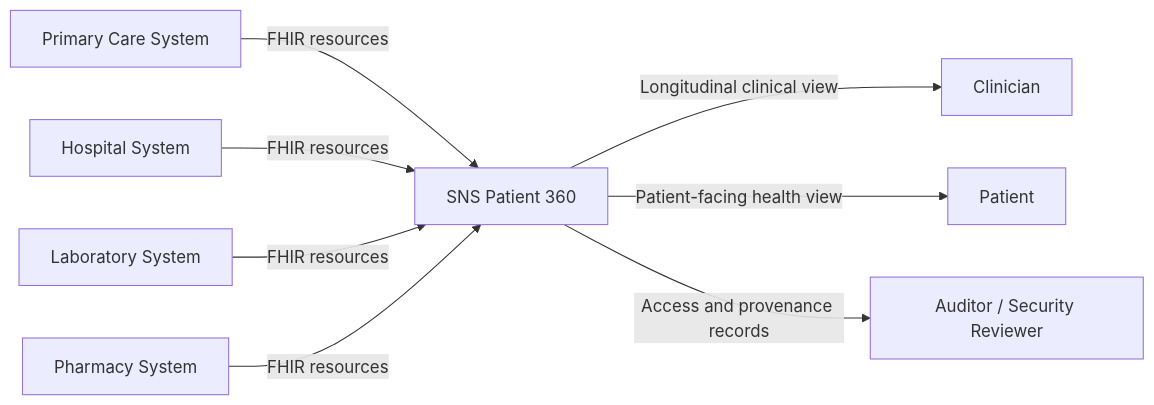
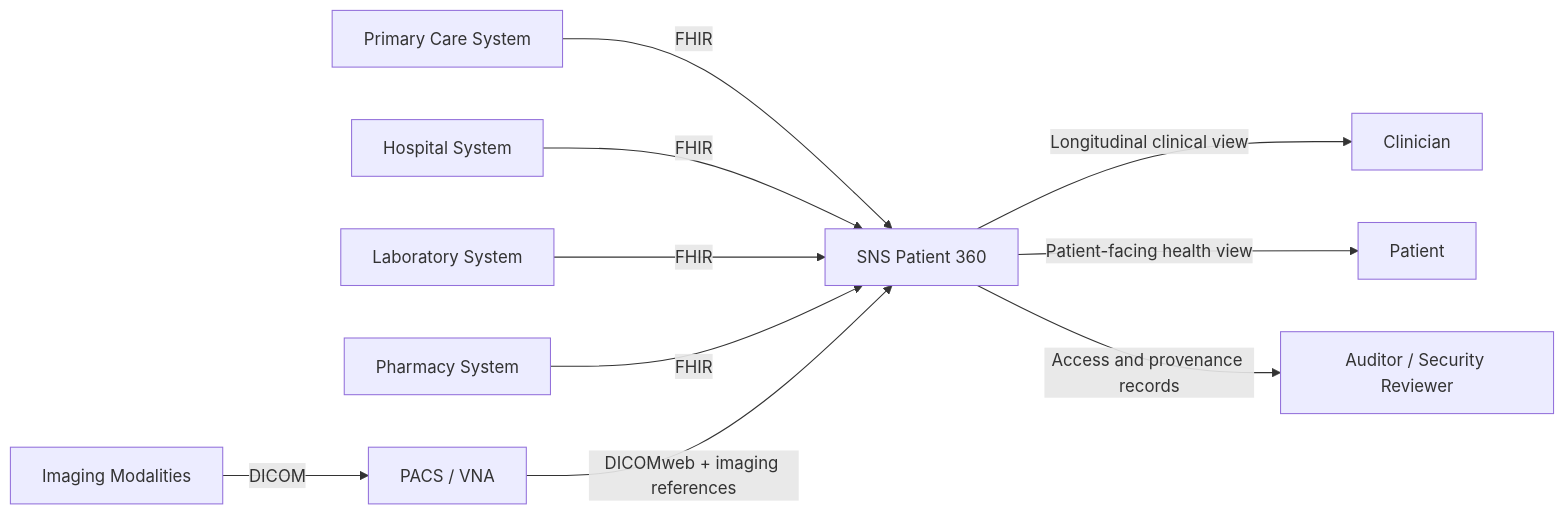
The first of 7 diagrams in docs/architecture/system-architecture.md (DiogoRibeiro7/sns-patient-360), drawn with Mermaid before and after one commit. The commit also changed other lines of this file, not shown here.

Commit message:
docs: update all system diagrams for imaging plane

````diff
--- a/docs/architecture/system-architecture.md
+++ b/docs/architecture/system-architecture.md
@@ -23,21 +24,25 @@
 ```mermaid
 flowchart LR
     PC[Primary Care System]
     HOSP[Hospital System]
     LAB[Laboratory System]
     PHARM[Pharmacy System]
+    MOD[Imaging Modalities]
 
     P360[SNS Patient 360]
+    PACS[PACS / VNA]
     CLINICIAN[Clinician]
     PATIENT[Patient]
     AUDITOR[Auditor / Security Reviewer]
 
-    PC -->|FHIR resources| P360
-    HOSP -->|FHIR resources| P360
-    LAB -->|FHIR resources| P360
-    PHARM -->|FHIR resources| P360
+    PC -->|FHIR| P360
+    HOSP -->|FHIR| P360
+    LAB -->|FHIR| P360
+    PHARM -->|FHIR| P360
+    MOD -->|DICOM| PACS
+    PACS -->|DICOMweb + imaging references| P360
 
     P360 -->|Longitudinal clinical view| CLINICIAN
     P360 -->|Patient-facing health view| PATIENT
     P360 -->|Access and provenance records| AUDITOR
 ```
````
